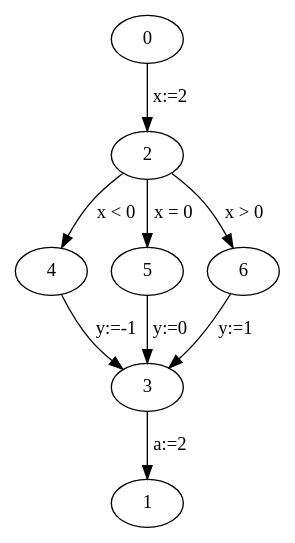
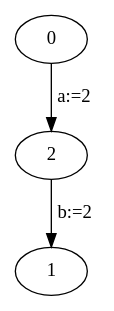
One commit to Frinkel/ComputerScienceModelling_Parser-Interpreter changed the diagram in assignmentfolder/graph.dot. Above: the diagram before and after it, drawn with Graphviz. The commit also changed 2 other files, not shown here.

```diff
--- a/assignmentfolder/graph.dot
+++ b/assignmentfolder/graph.dot
@@ -1,10 +1,4 @@
 digraph G {
-0 -> 2 [label = "x:=2"];
-2 -> 4 [label = "x < 0"];
-4 -> 3 [label = "y:=-1"];
-2 -> 5 [label = "x = 0"];
-5 -> 3 [label = "y:=0"];
-2 -> 6 [label = "x > 0"];
-6 -> 3 [label = "y:=1"];
-3 -> 1 [label = "a:=2"];
+0 -> 2 [label = "a:=2"];
+2 -> 1 [label = "b:=2"];
 }
```
